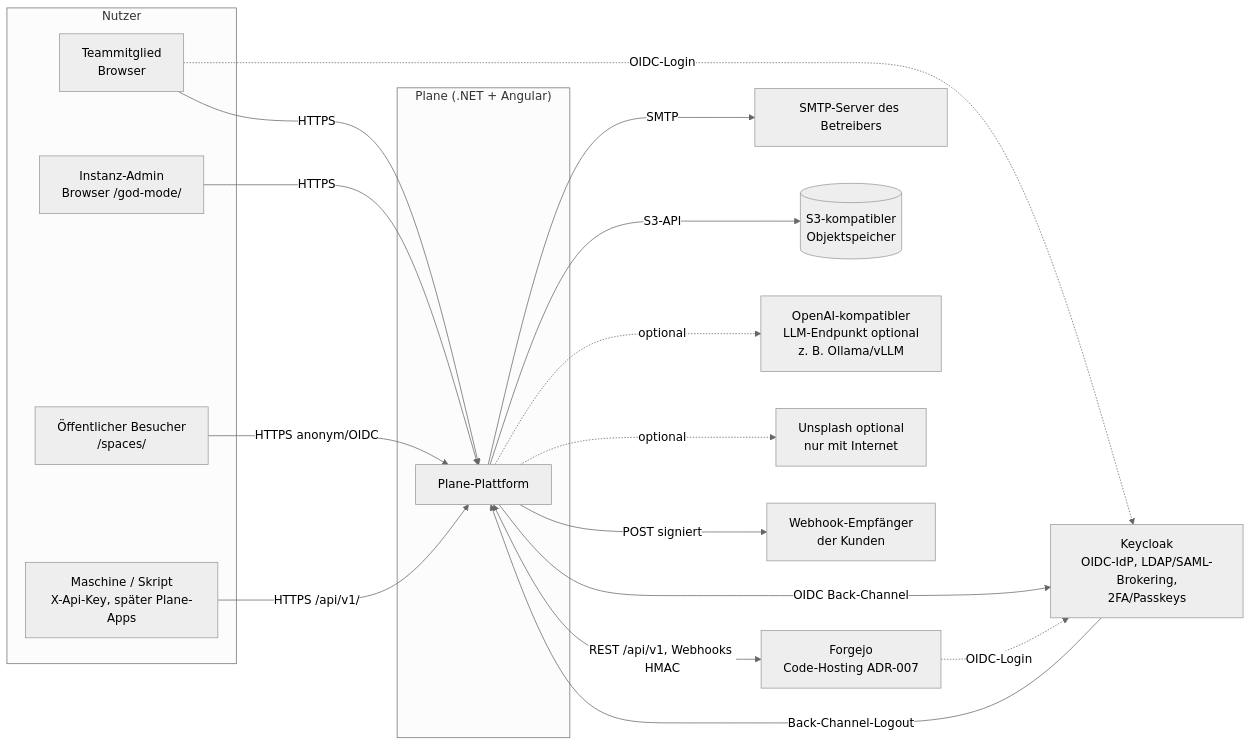
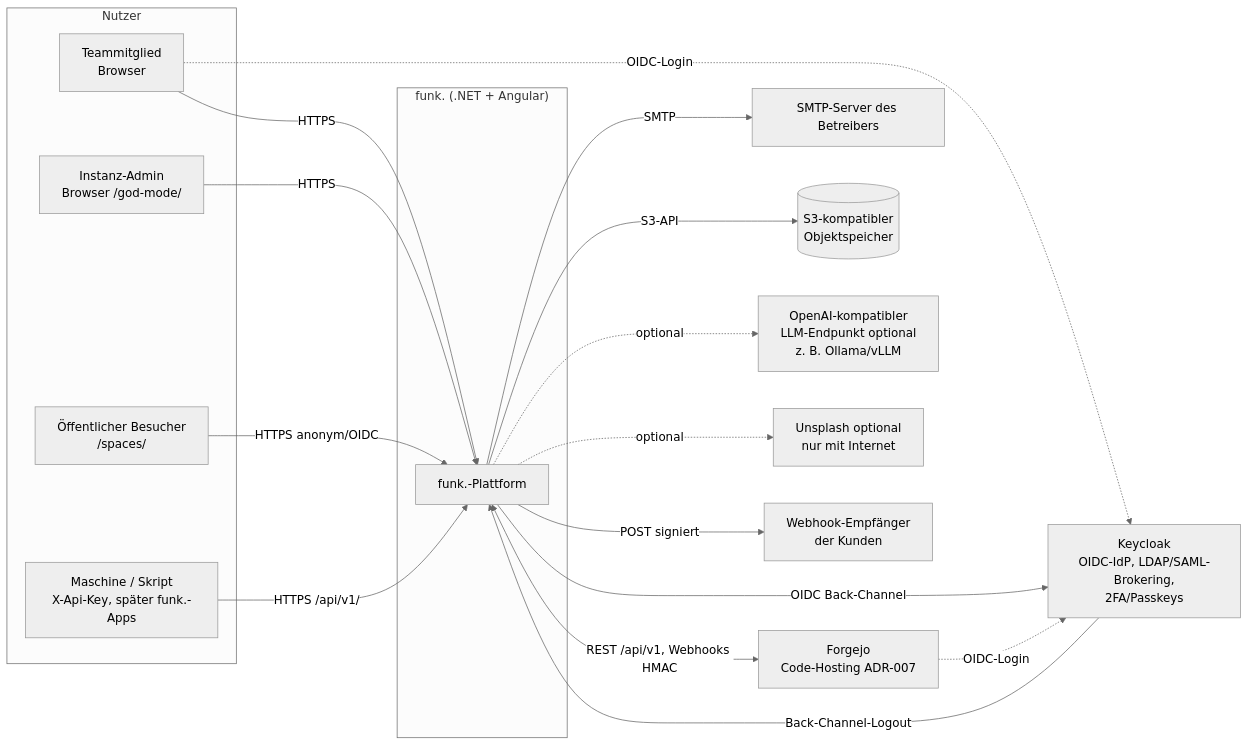
The first of 4 diagrams in migration/architecture/01-zielarchitektur-und-tech-stack.md (mlwr/plane), drawn with Mermaid (neutral theme) before and after one commit. The commit also changed other lines of this file and 18 other files, not shown here.

First line of the commit message:
docs(migration): second alignment round and funk. branding across architecture docs

````diff
--- a/migration/architecture/01-zielarchitektur-und-tech-stack.md
+++ b/migration/architecture/01-zielarchitektur-und-tech-stack.md
@@ -239,34 +239,34 @@
 ```mermaid
 flowchart LR
   subgraph Nutzer
     U[Teammitglied<br/>Browser]
     A[Instanz-Admin<br/>Browser /god-mode/]
     P[Öffentlicher Besucher<br/>/spaces/]
-    M[Maschine / Skript<br/>X-Api-Key, später Plane-Apps]
+    M[Maschine / Skript<br/>X-Api-Key, später funk.-Apps]
   end
-  subgraph Plane["Plane (.NET + Angular)"]
-    PL[Plane-Plattform]
+  subgraph Plane["funk. (.NET + Angular)"]
+    PL[funk.-Plattform]
   end
   KC[Keycloak<br/>OIDC-IdP, LDAP/SAML-Brokering,<br/>2FA/Passkeys]
   FJ[Forgejo<br/>Code-Hosting ADR-007]
   SMTP[SMTP-Server des Betreibers]
   S3[(S3-kompatibler<br/>Objektspeicher)]
   LLM[OpenAI-kompatibler<br/>LLM-Endpunkt optional<br/>z. B. Ollama/vLLM]
   UNS[Unsplash optional<br/>nur mit Internet]
   WH[Webhook-Empfänger<br/>der Kunden]
 
   U -->|HTTPS| PL
   A -->|HTTPS| PL
   P -->|HTTPS anonym/OIDC| PL
   M -->|HTTPS /api/v1/| PL
   U -.->|OIDC-Login| KC
   PL -->|OIDC Back-Channel| KC
   KC -->|Back-Channel-Logout| PL
   PL <-->|REST /api/v1, Webhooks HMAC| FJ
   FJ -.->|OIDC-Login| KC
   PL -->|SMTP| SMTP
   PL -->|S3-API| S3
   PL -.->|optional| LLM
   PL -.->|optional| UNS
   PL -->|POST signiert| WH
 ```
````
